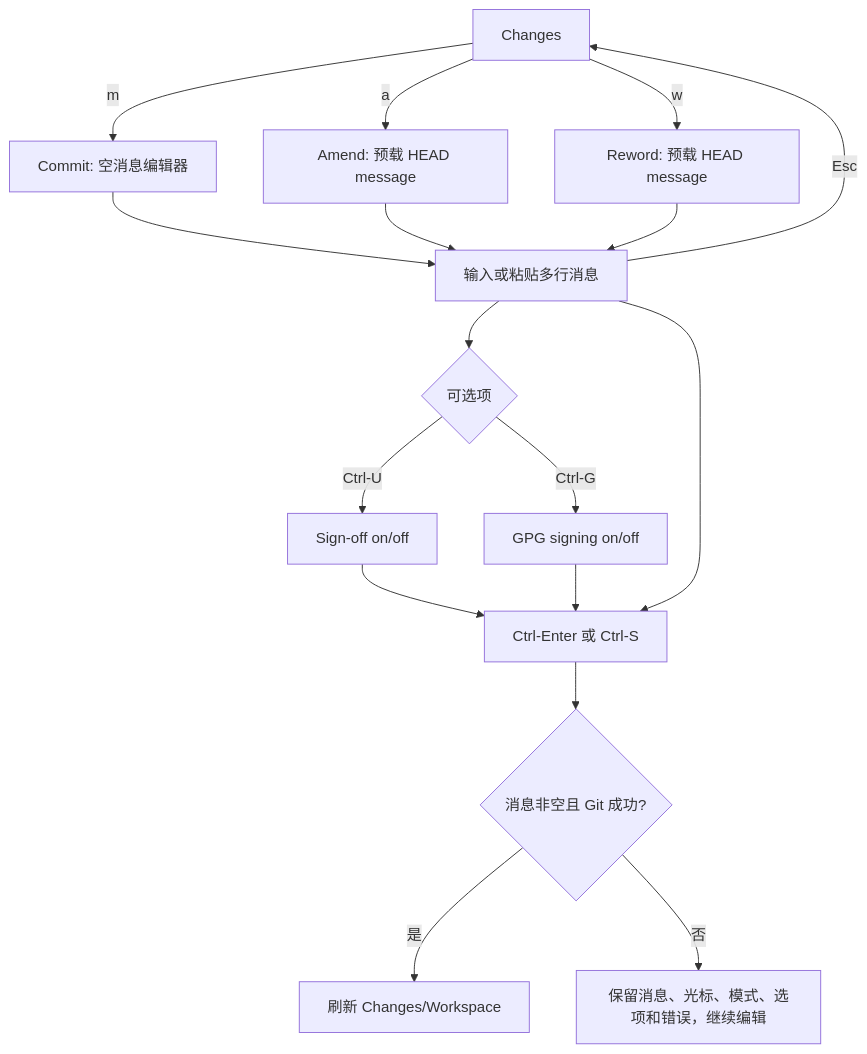
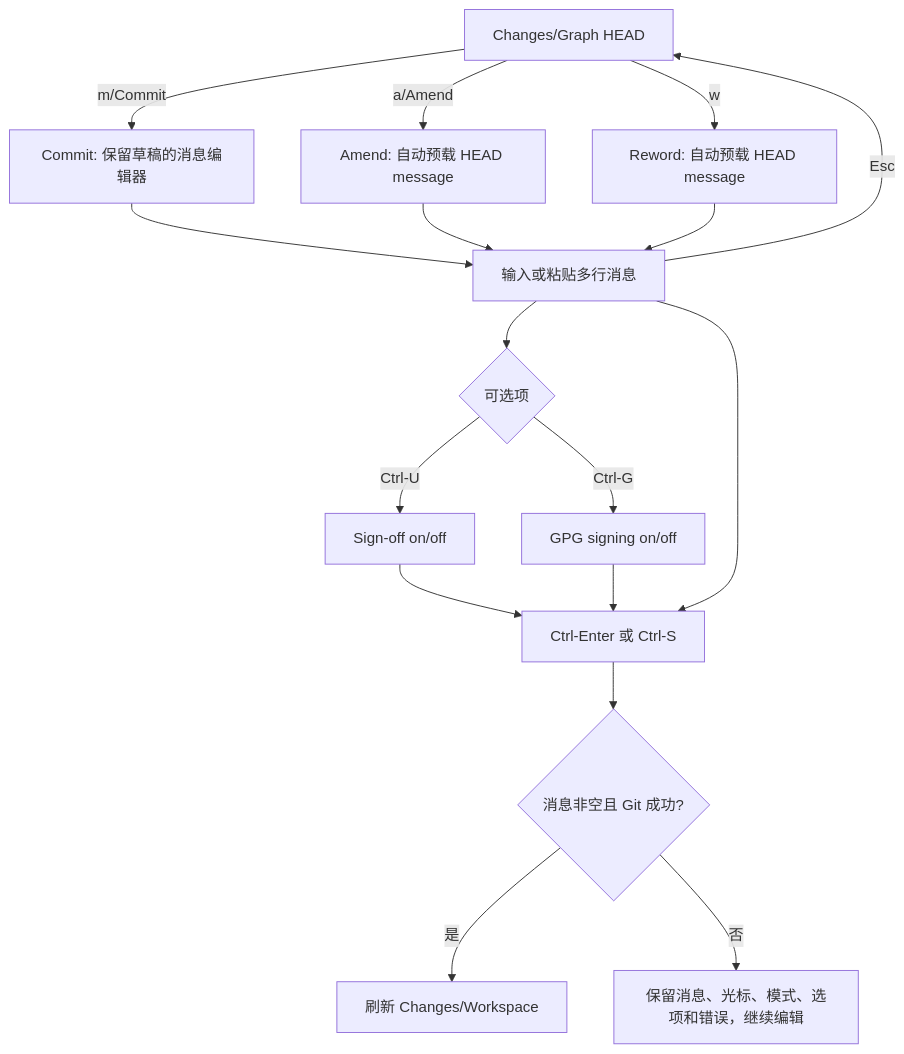
Before and after one commit to Trigger-CN/trepo: the sixth of 7 diagrams in docs/USER_GUIDE.md, drawn with Mermaid. The commit also changed other lines of this file and 4 other files, not shown here.

Commit message:
fix: streamline commit and amend workflow

````diff
--- a/docs/USER_GUIDE.md
+++ b/docs/USER_GUIDE.md
@@ -301,19 +303,19 @@
 ```mermaid
 flowchart TD
-    C[Changes] -->|m| M[Commit: 空消息编辑器]
-    C -->|a| A[Amend: 预载 HEAD message]
-    C -->|w| W[Reword: 预载 HEAD message]
+    C[Changes/Graph HEAD] -->|m/Commit| M[Commit: 保留草稿的消息编辑器]
+    C -->|a/Amend| A[Amend: 自动预载 HEAD message]
+    C -->|w| W[Reword: 自动预载 HEAD message]
     M --> E[输入或粘贴多行消息]
     A --> E
     W --> E
     E --> O{可选项}
     O -->|Ctrl-U| S[Sign-off on/off]
     O -->|Ctrl-G| G[GPG signing on/off]
     S --> Q[Ctrl-Enter 或 Ctrl-S]
     G --> Q
     E --> Q
     Q --> V{消息非空且 Git 成功?}
     V -->|是| R[刷新 Changes/Workspace]
     V -->|否| K[保留消息、光标、模式、选项和错误，继续编辑]
     E -->|Esc| C
 ```
````
